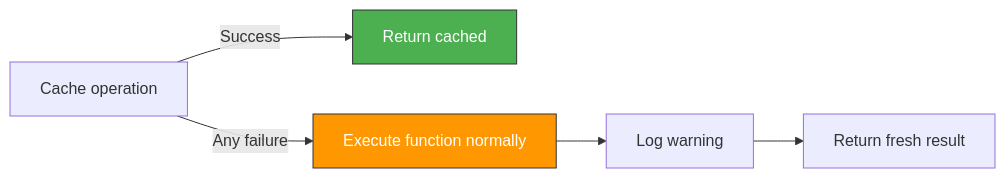
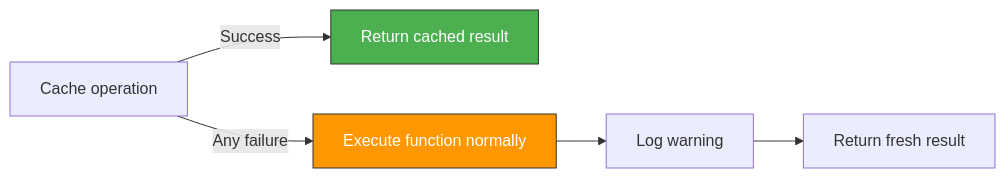
Before and after one commit to Pravin-Suthar/s3_based_redis_cache: the first of 2 diagrams in README.md, drawn with Mermaid. The commit also changed other lines of this file and 3 other files, not shown here.

````diff
--- a/README.md
+++ b/README.md
@@ -50,10 +192,10 @@
 ```mermaid
 flowchart LR
-    A[Cache operation] -->|Success| B[Return cached]
+    A[Cache operation] -->|Success| B[Return cached result]
     A -->|Any failure| C[Execute function normally]
     C --> D[Log warning]
     D --> E[Return fresh result]
 
     style C fill:#FF9800,stroke:#333,color:#fff
     style B fill:#4CAF50,stroke:#333,color:#fff
 ```
````
